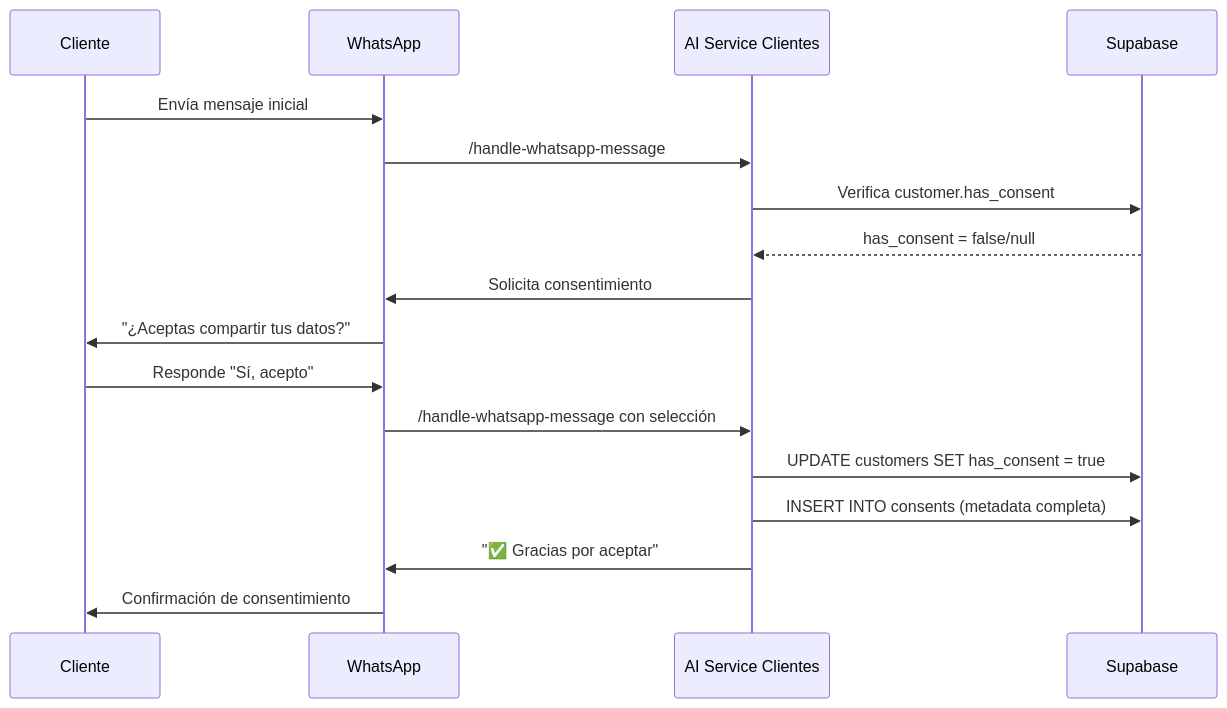
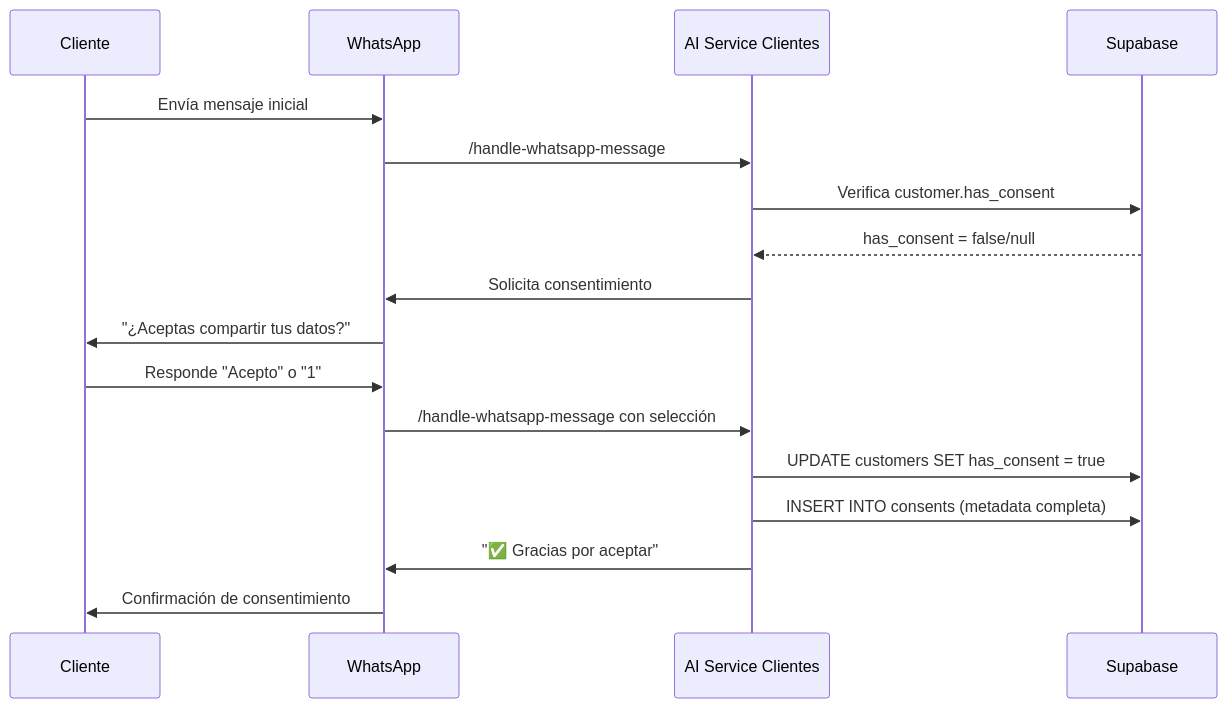
One commit to devtinkubot/tinkubot-microservices changed the first of 2 diagrams in docs/database-architecture.md. Above: the diagram before and after it, drawn with Mermaid. The commit also changed other lines of this file and 12 other files, not shown here.

````diff
--- a/docs/database-architecture.md
+++ b/docs/database-architecture.md
@@ -124,20 +124,20 @@
 ```mermaid
 sequenceDiagram
     participant C as Cliente
     participant WA as WhatsApp
     participant AI as AI Service Clientes
     participant DB as Supabase
 
     C->>WA: Envía mensaje inicial
     WA->>AI: /handle-whatsapp-message
     AI->>DB: Verifica customer.has_consent
     DB-->>AI: has_consent = false/null
     AI->>WA: Solicita consentimiento
     WA->>C: "¿Aceptas compartir tus datos?"
-    C->>WA: Responde "Sí, acepto"
+    C->>WA: Responde "Acepto" o "1"
     WA->>AI: /handle-whatsapp-message con selección
     AI->>DB: UPDATE customers SET has_consent = true
     AI->>DB: INSERT INTO consents (metadata completa)
     AI->>WA: "✅ Gracias por aceptar"
     WA->>C: Confirmación de consentimiento
 ```
````
